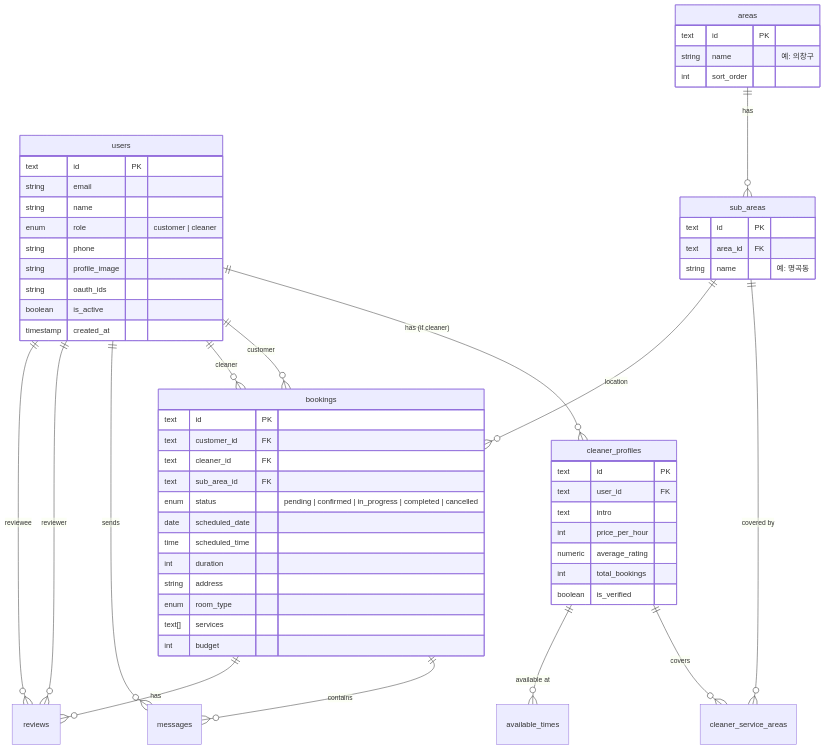
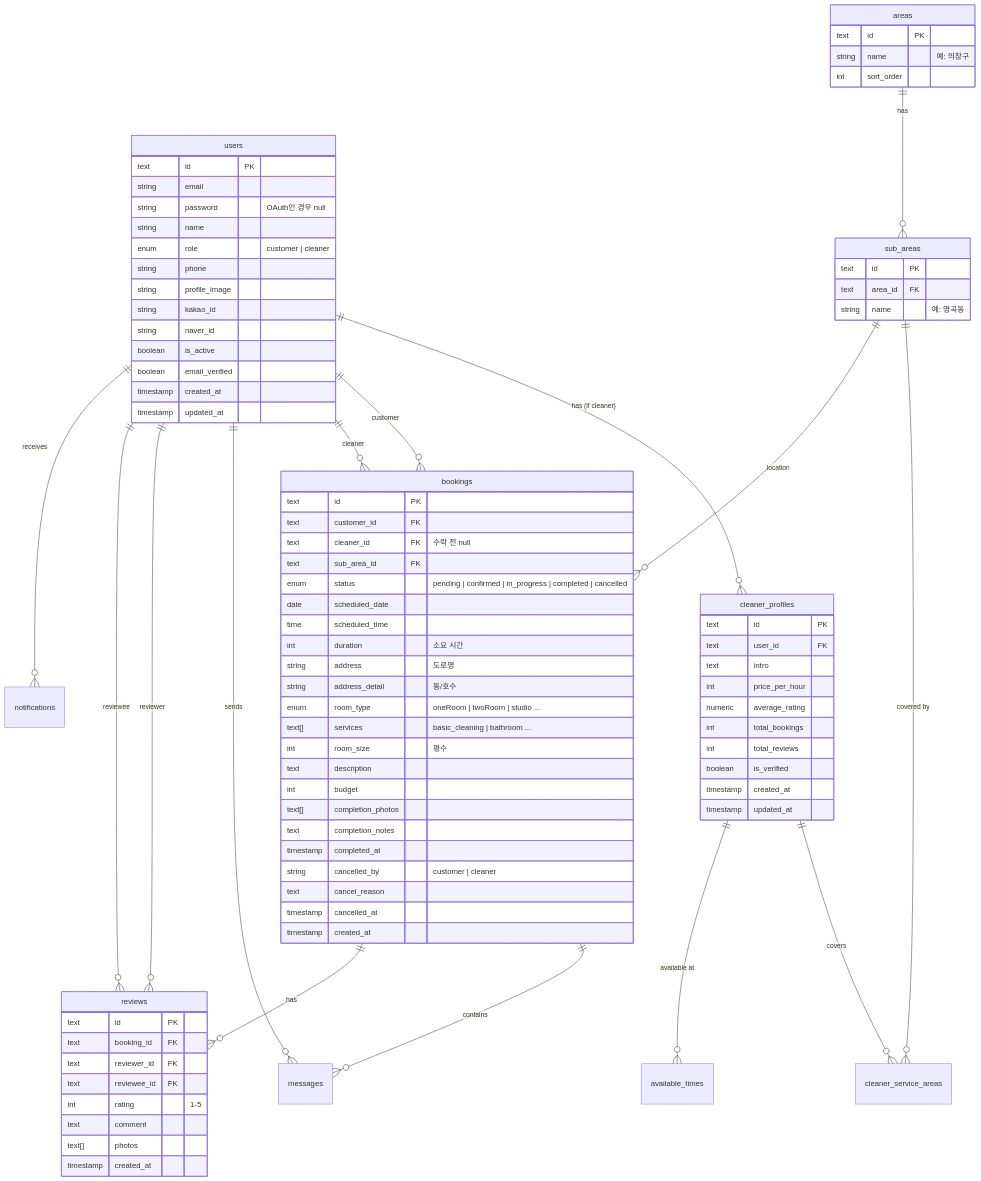
One commit to solifed21/cleaning-reservation-sys changed the diagram in docs/plans/02-database-schema.md. Above: the diagram before and after it, drawn with Mermaid. The commit also changed other lines of this file and 1 other file, not shown here.

Commit message:
docs: complete database schema plan (02)

````diff
--- a/docs/plans/02-database-schema.md
+++ b/docs/plans/02-database-schema.md
@@ -13,6 +13,7 @@
     users ||--o{ messages : "sends"
     users ||--o{ reviews : "reviewer"
     users ||--o{ reviews : "reviewee"
+    users ||--o{ notifications : "receives"
 
     cleaner_profiles ||--o{ cleaner_service_areas : "covers"
     cleaner_profiles ||--o{ available_times : "available at"
@@ -27,13 +28,17 @@
     users {
         text id PK
         string email
+        string password "OAuth인 경우 null"
         string name
         enum role "customer | cleaner"
         string phone
         string profile_image
-        string oauth_ids
+        string kakao_id
+        string naver_id
         boolean is_active
+        boolean email_verified
         timestamp created_at
+        timestamp updated_at
     }
 
     cleaner_profiles {
@@ -43,7 +48,10 @@
         int price_per_hour
         numeric average_rating
         int total_bookings
+        int total_reviews
         boolean is_verified
+        timestamp created_at
+        timestamp updated_at
     }
 
     areas {
@@ -61,15 +69,36 @@
     bookings {
         text id PK
         text customer_id FK
-        text cleaner_id FK
+        text cleaner_id FK "수락 전 null"
         text sub_area_id FK
         enum status "pending | confirmed | in_progress | completed | cancelled"
         date scheduled_date
         time scheduled_time
-        int duration
-        string address
-        enum room_type
-        text[] services
+        int duration "소요 시간"
+        string address "도로명"
+        string address_detail "동/호수"
+        enum room_type "oneRoom | twoRoom | studio ..."
+        text[] services "basic_cleaning | bathroom ..."
+        int room_size "평수"
+        text description
         int budget
+        text[] completion_photos
+        text completion_notes
+        timestamp completed_at
+        string cancelled_by "customer | cleaner"
+        text cancel_reason
+        timestamp cancelled_at
+        timestamp created_at
+    }
+
+    reviews {
+        text id PK
+        text booking_id FK
+        text reviewer_id FK
+        text reviewee_id FK
+        int rating "1-5"
+        text comment
+        text[] photos
+        timestamp created_at
     }
 ```
````
